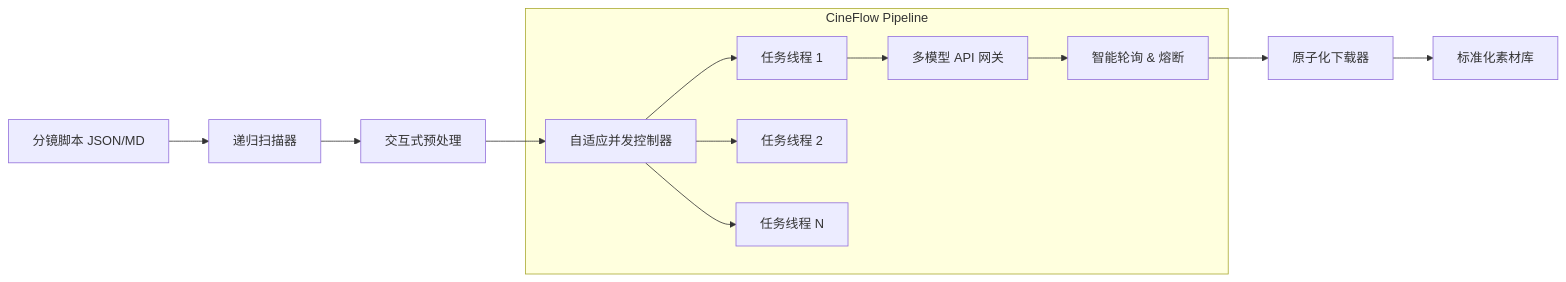
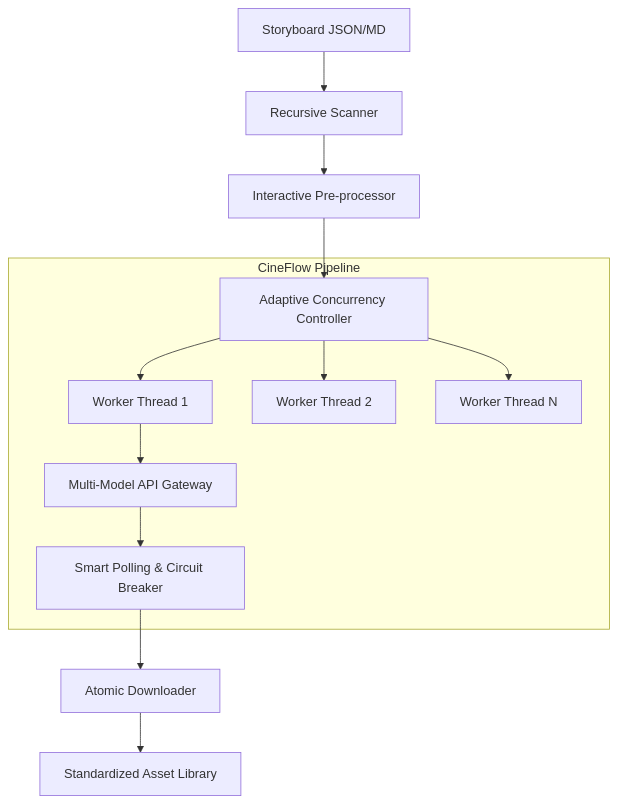
The diagram in README.md (XucroYuri/CineFlow), drawn with Mermaid before and after one commit. The commit also changed other lines of this file and 1 other file, not shown here.

````diff
--- a/README.md
+++ b/README.md
@@ -23,18 +25,18 @@
 ```mermaid
-graph LR
-    Input[分镜脚本 JSON/MD] --> Scanner[递归扫描器]
-    Scanner --> Interactor[交互式预处理]
-    Interactor --> Controller[自适应并发控制器]
+graph TD
+    Input[Storyboard JSON/MD] --> Scanner[Recursive Scanner]
+    Scanner --> Interactor[Interactive Pre-processor]
+    Interactor --> Controller[Adaptive Concurrency Controller]
     
     subgraph CineFlow Pipeline
-        Controller --> Worker1[任务线程 1]
-        Controller --> Worker2[任务线程 2]
-        Controller --> WorkerN[任务线程 N]
+        Controller --> Worker1[Worker Thread 1]
+        Controller --> Worker2[Worker Thread 2]
+        Controller --> WorkerN[Worker Thread N]
         
-        Worker1 --> API[多模型 API 网关]
-        API --> Polling[智能轮询 & 熔断]
+        Worker1 --> API[Multi-Model API Gateway]
+        API --> Polling[Smart Polling & Circuit Breaker]
     end
     
-    Polling --> Downloader[原子化下载器]
-    Downloader --> Output[标准化素材库]
+    Polling --> Downloader[Atomic Downloader]
+    Downloader --> Output[Standardized Asset Library]
 ```
````
